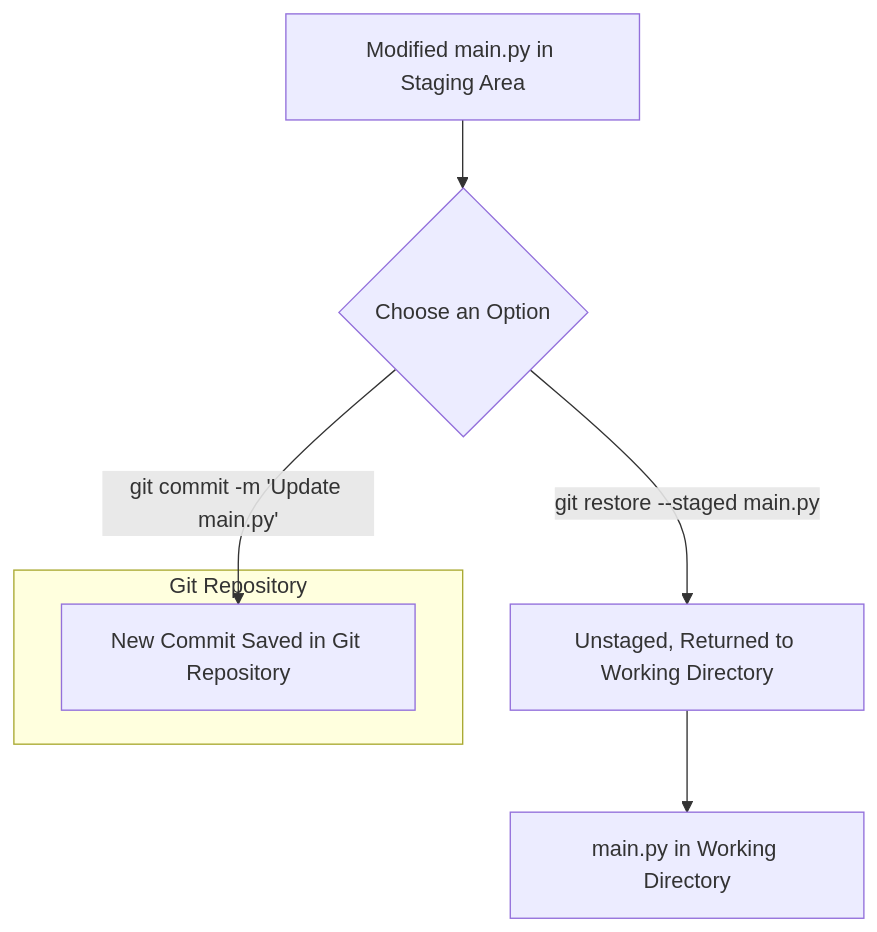
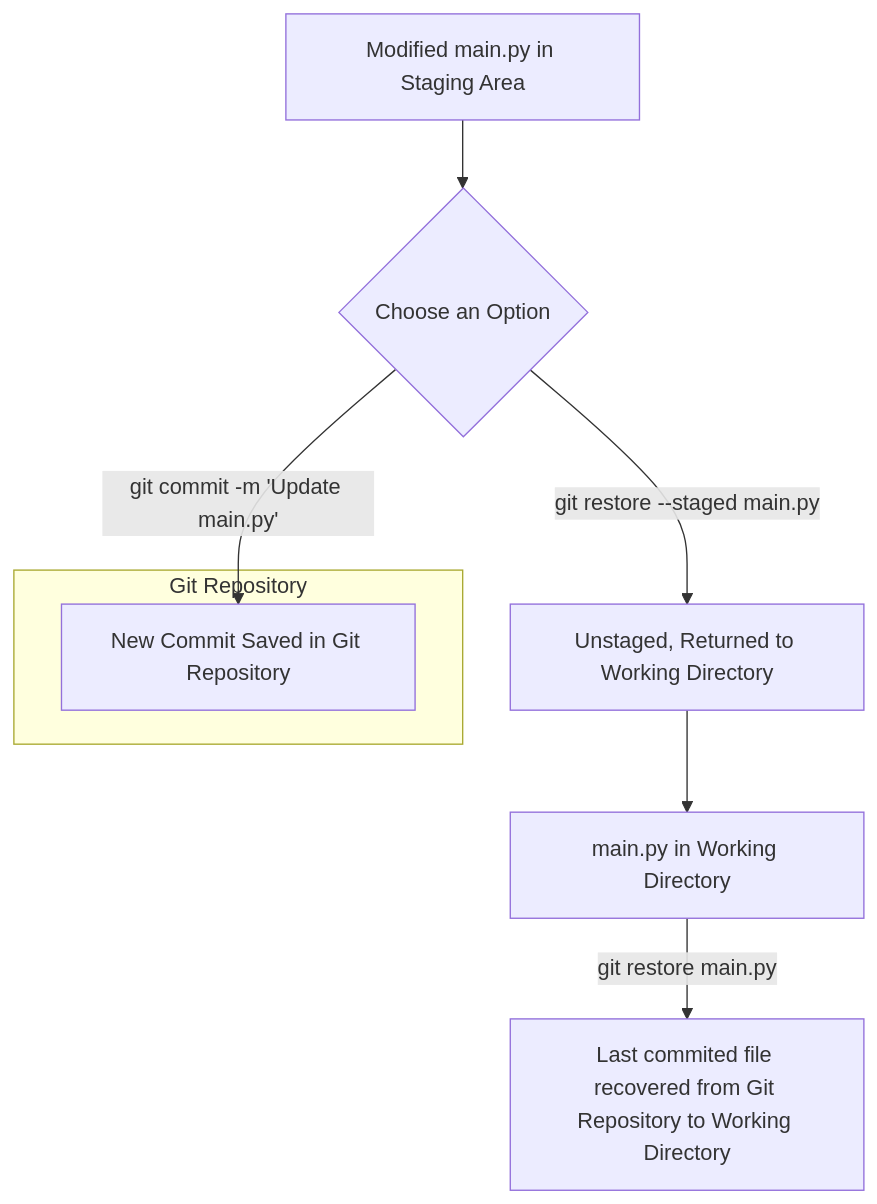
Before and after one commit to alencardoug/EngDados: the second of 10 diagrams in Git/AulaGit.md, drawn with Mermaid.

Commit message:
Update grafico restore duplo

````diff
--- a/Git/AulaGit.md
+++ b/Git/AulaGit.md
@@ -312,14 +312,15 @@
 ```mermaid
 graph TD;
 
 A[Modified main.py in Staging Area] --> B{Choose an Option};
 
 B --> |"git commit -m 'Update main.py'"| C[New Commit Saved in Git Repository];
 B --> |"git restore --staged main.py"| D[Unstaged, Returned to Working Directory];
 
 subgraph Git Repository
     C
 end
 
 D --> E[main.py in Working Directory];
+E --> |"git restore main.py"| F[Last commited file recovered from Git Repository to Working Directory];
 ```
````
